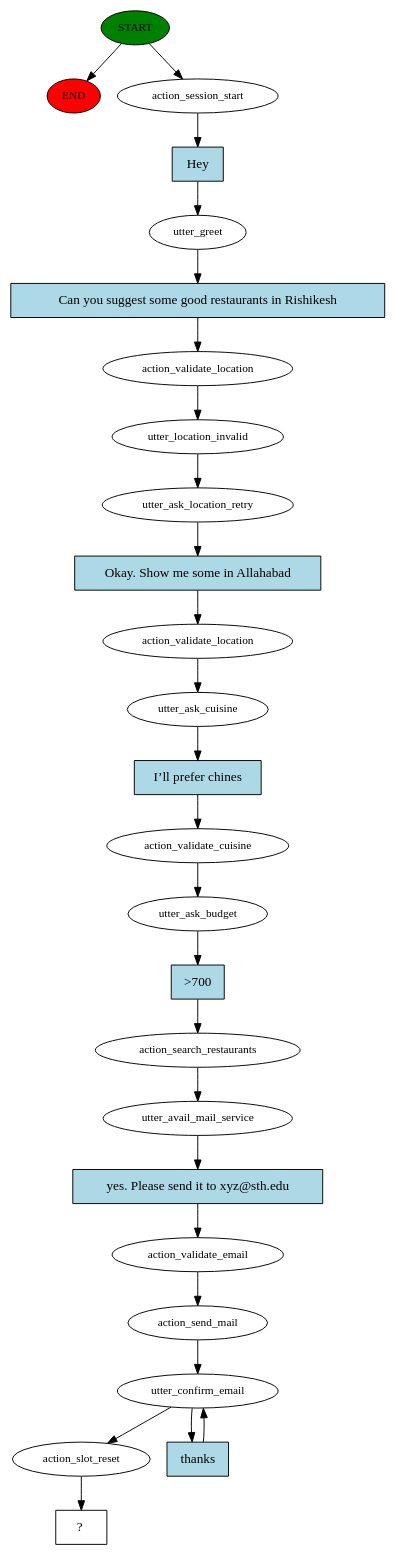
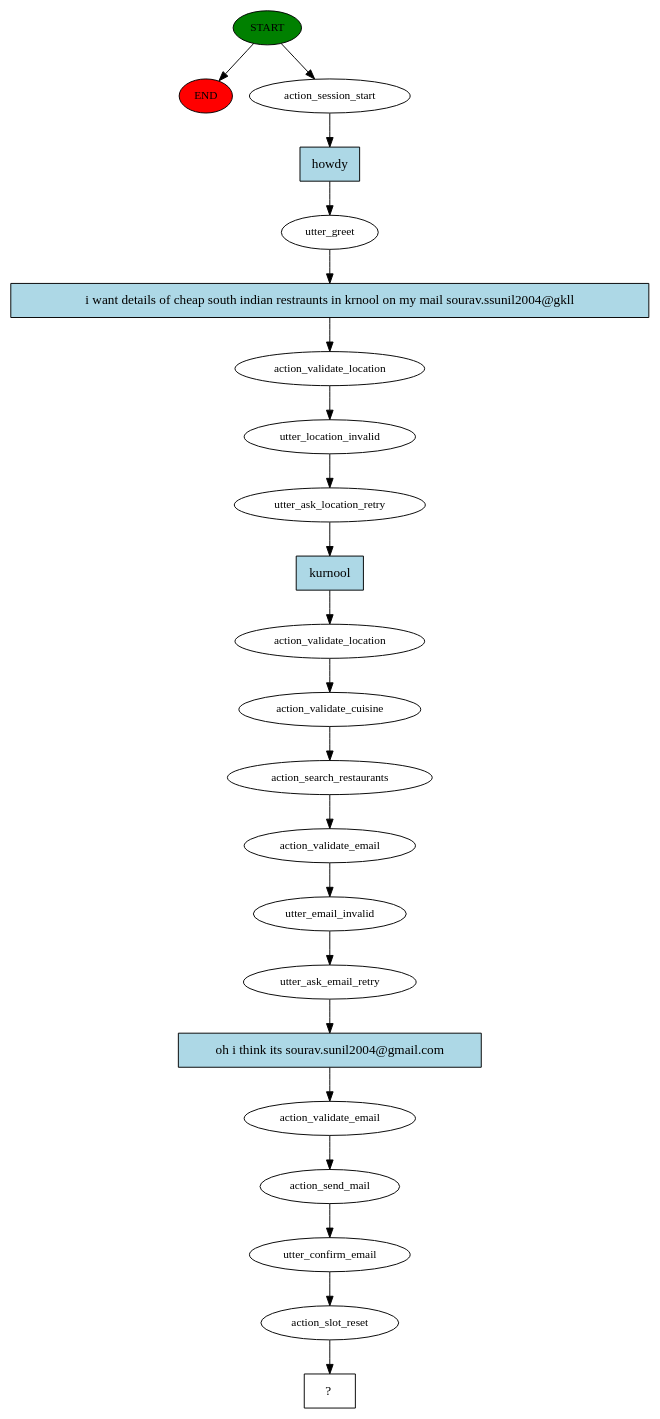
The diagram in story_graph.dot (thegreatluka/zomato-bot), drawn with Graphviz before and after one commit. The commit also changed 3 other files, not shown here.

```diff
--- a/story_graph.dot
+++ b/story_graph.dot
@@ -1,52 +1,45 @@
 digraph  {
 0 [class="start active", fillcolor=green, fontsize=12, label=START, style=filled];
 "-1" [class=end, fillcolor=red, fontsize=12, label=END, style=filled];
 1 [class=active, fontsize=12, label=action_session_start];
 2 [class=active, fontsize=12, label=utter_greet];
 3 [class=active, fontsize=12, label=action_validate_location];
 4 [class=active, fontsize=12, label=utter_location_invalid];
 5 [class=active, fontsize=12, label=utter_ask_location_retry];
 6 [class=active, fontsize=12, label=action_validate_location];
-7 [class=active, fontsize=12, label=utter_ask_cuisine];
-8 [class=active, fontsize=12, label=action_validate_cuisine];
-9 [class=active, fontsize=12, label=utter_ask_budget];
-10 [class=active, fontsize=12, label=action_search_restaurants];
-11 [class=active, fontsize=12, label=utter_avail_mail_service];
+7 [class=active, fontsize=12, label=action_validate_cuisine];
+8 [class=active, fontsize=12, label=action_search_restaurants];
+9 [class=active, fontsize=12, label=action_validate_email];
+10 [class=active, fontsize=12, label=utter_email_invalid];
+11 [class=active, fontsize=12, label=utter_ask_email_retry];
 12 [class=active, fontsize=12, label=action_validate_email];
 13 [class=active, fontsize=12, label=action_send_mail];
 14 [class=active, fontsize=12, label=utter_confirm_email];
-16 [class=active, fontsize=12, label=action_slot_reset];
-17 [class="intent dashed active", label="  ?  ", shape=rect];
-18 [class="intent active", fillcolor=lightblue, label=Hey, shape=rect, style=filled];
-19 [class="intent active", fillcolor=lightblue, label="Can you suggest some good restaurants in Rishikesh", shape=rect, style=filled];
-20 [class="intent active", fillcolor=lightblue, label="Okay. Show me some in Allahabad", shape=rect, style=filled];
-21 [class="intent active", fillcolor=lightblue, label="I’ll prefer chines", shape=rect, style=filled];
-22 [class="intent active", fillcolor=lightblue, label=">700", shape=rect, style=filled];
-23 [class="intent active", fillcolor=lightblue, label="yes. Please send it to xyz@sth.edu", shape=rect, style=filled];
-24 [class="intent active", fillcolor=lightblue, label=thanks, shape=rect, style=filled];
+15 [class=active, fontsize=12, label=action_slot_reset];
+16 [class="intent dashed active", label="  ?  ", shape=rect];
+17 [class="intent active", fillcolor=lightblue, label=howdy, shape=rect, style=filled];
+18 [class="intent active", fillcolor=lightblue, label="i want details of cheap south indian restraunts in krnool on my mail sourav.ssunil2004@gkll", shape=rect, style=filled];
+19 [class="intent active", fillcolor=lightblue, label=kurnool, shape=rect, style=filled];
+20 [class="intent active", fillcolor=lightblue, label="oh i think its sourav.sunil2004@gmail.com", shape=rect, style=filled];
 0 -> "-1"  [class="", key=NONE, label=""];
 0 -> 1  [class=active, key=NONE, label=""];
-1 -> 18  [class=active, key=0];
-2 -> 19  [class=active, key=0];
+1 -> 17  [class=active, key=0];
+2 -> 18  [class=active, key=0];
 3 -> 4  [class=active, key=NONE, label=""];
 4 -> 5  [class=active, key=NONE, label=""];
-5 -> 20  [class=active, key=0];
+5 -> 19  [class=active, key=0];
 6 -> 7  [class=active, key=NONE, label=""];
-7 -> 21  [class=active, key=0];
+7 -> 8  [class=active, key=NONE, label=""];
 8 -> 9  [class=active, key=NONE, label=""];
-9 -> 22  [class=active, key=0];
+9 -> 10  [class=active, key=NONE, label=""];
 10 -> 11  [class=active, key=NONE, label=""];
-11 -> 23  [class=active, key=0];
+11 -> 20  [class=active, key=0];
 12 -> 13  [class=active, key=NONE, label=""];
 13 -> 14  [class=active, key=NONE, label=""];
-14 -> 16  [class=active, key=NONE, label=""];
-14 -> 24  [class=active, key=0];
-16 -> 17  [class=active, key=NONE, label=""];
-18 -> 2  [class=active, key=0];
-19 -> 3  [class=active, key=0];
-20 -> 6  [class=active, key=0];
-21 -> 8  [class=active, key=0];
-22 -> 10  [class=active, key=0];
-23 -> 12  [class=active, key=0];
-24 -> 14  [class=active, key=0];
+14 -> 15  [class=active, key=NONE, label=""];
+15 -> 16  [class=active, key=NONE, label=""];
+17 -> 2  [class=active, key=0];
+18 -> 3  [class=active, key=0];
+19 -> 6  [class=active, key=0];
+20 -> 12  [class=active, key=0];
 }
```
